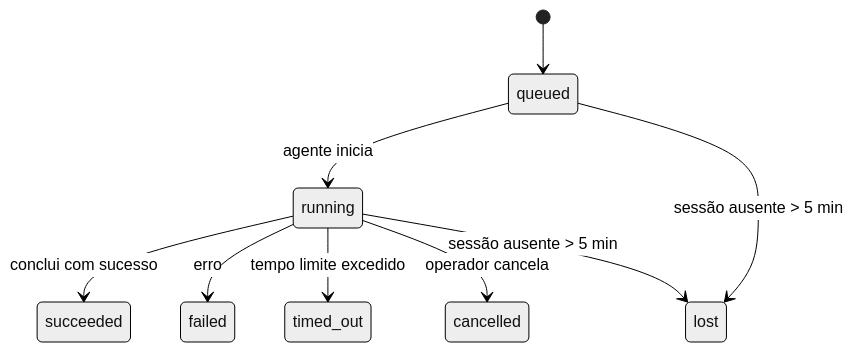
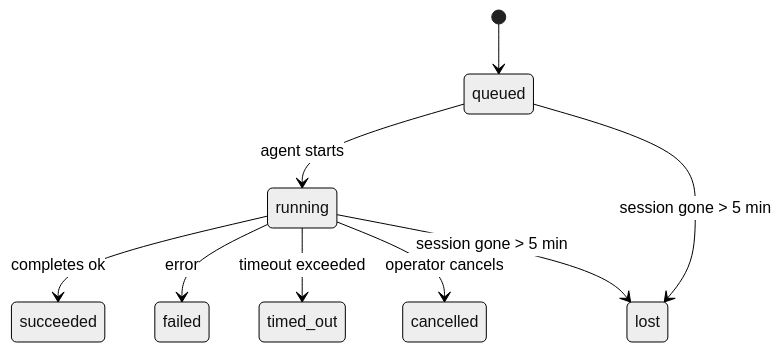
One commit to daichangya/openclaw-docs changed the diagram in docs/pt-BR/automation/tasks.md. Above: the diagram before and after it, drawn with Mermaid (neutral theme). The commit also changed other lines of this file and 8 other files, not shown here.

````diff
--- a/docs/pt-BR/automation/tasks.md
+++ b/docs/pt-BR/automation/tasks.md
@@ -99,11 +99,11 @@
 ```mermaid
 stateDiagram-v2
     [*] --> queued
-    queued --> running : agente inicia
-    running --> succeeded : conclui com sucesso
-    running --> failed : erro
-    running --> timed_out : tempo limite excedido
-    running --> cancelled : operador cancela
-    queued --> lost : sessão ausente > 5 min
-    running --> lost : sessão ausente > 5 min
+    queued --> running : agent starts
+    running --> succeeded : completes ok
+    running --> failed : error
+    running --> timed_out : timeout exceeded
+    running --> cancelled : operator cancels
+    queued --> lost : session gone > 5 min
+    running --> lost : session gone > 5 min
 ```
````
